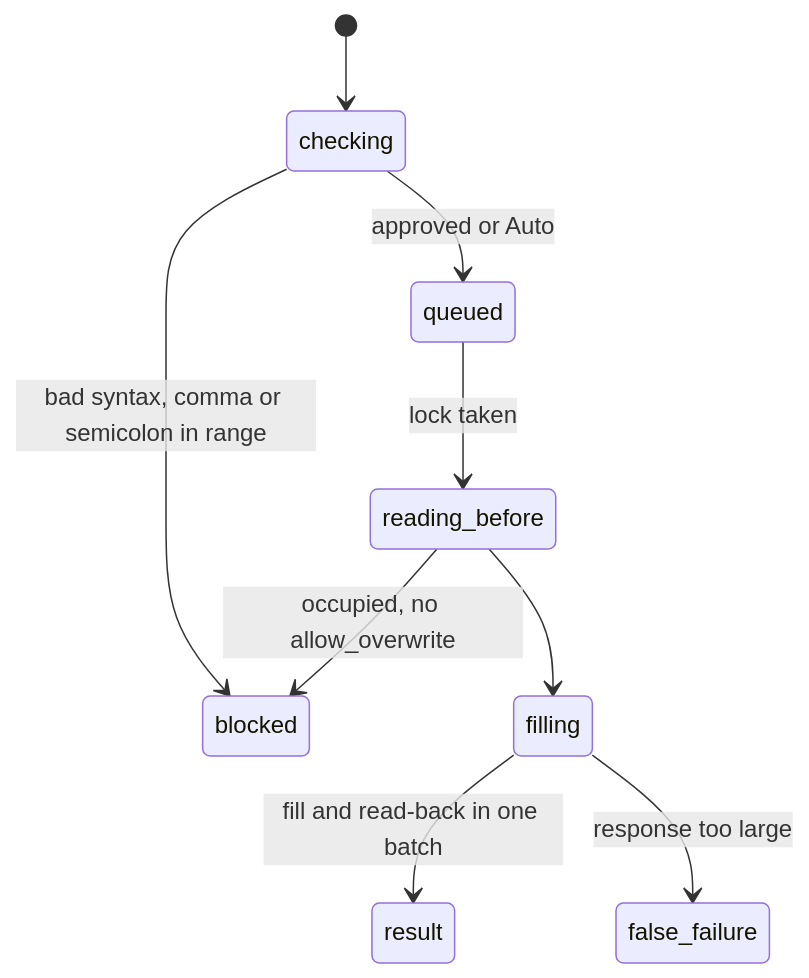
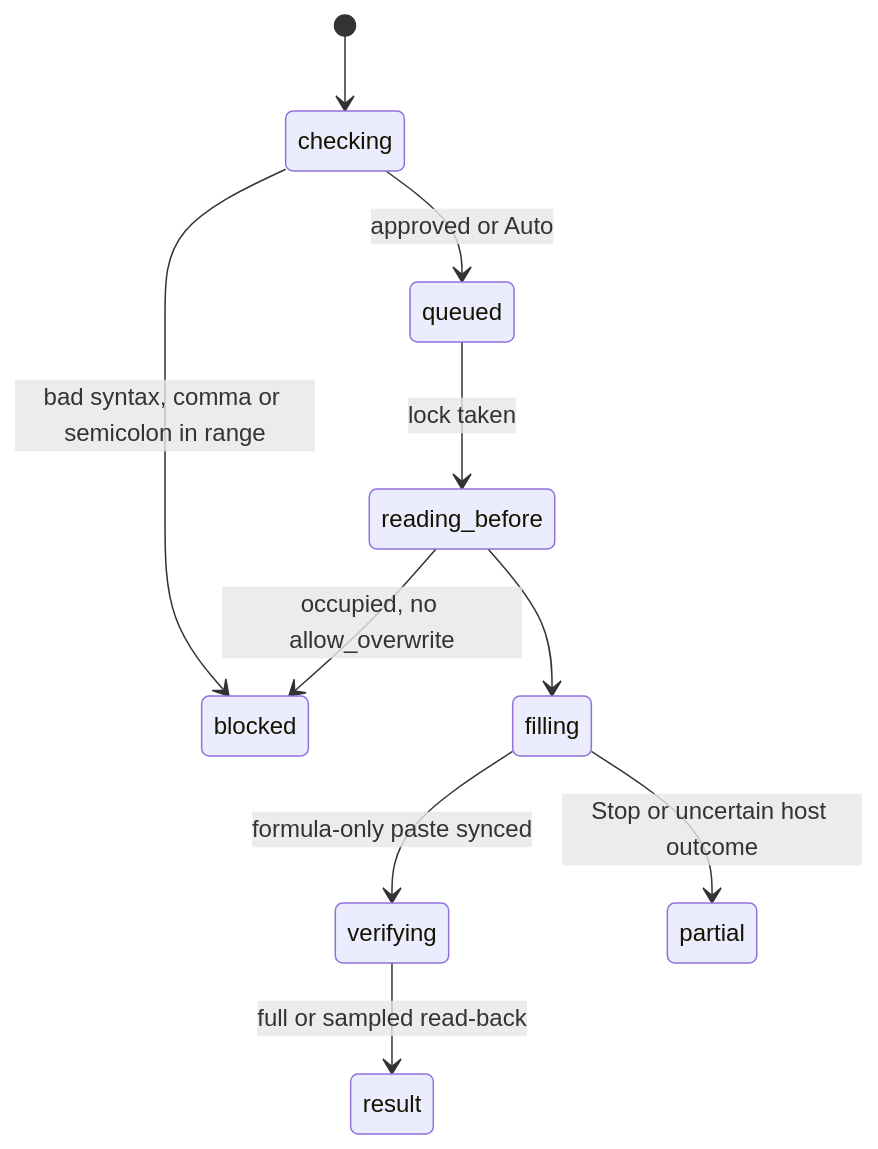
Before and after one commit to tmustier/pi-for-excel: the diagram in agent-description/tools/filling-a-formula.md, drawn with Mermaid. The commit also changed other lines of this file and 10 other files, not shown here.

````diff
--- a/agent-description/tools/filling-a-formula.md
+++ b/agent-description/tools/filling-a-formula.md
@@ -25,11 +25,12 @@
 ```mermaid
 stateDiagram-v2
     [*] --> checking
     checking --> blocked : bad syntax, comma or semicolon in range
     checking --> queued : approved or Auto
     queued --> reading_before : lock taken
     reading_before --> blocked : occupied, no allow_overwrite
     reading_before --> filling
-    filling --> result : fill and read-back in one batch
-    filling --> false_failure : response too large
+    filling --> verifying : formula-only paste synced
+    verifying --> result : full or sampled read-back
+    filling --> partial : Stop or uncertain host outcome
 ```
````
